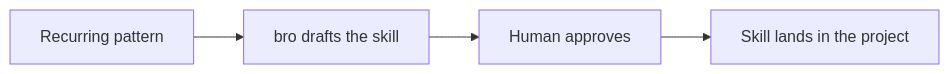
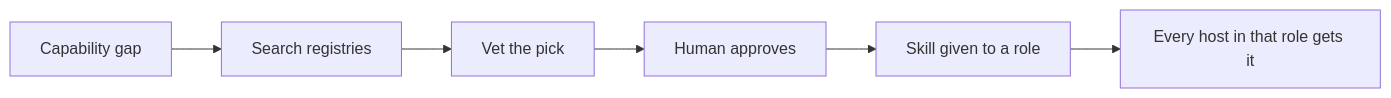
Before and after one commit to trustmybot/tmb: diagram 20 of 24 in docs/architecture/FLOWS.md, drawn with Mermaid. The commit also changed other lines of this file and 38 other files, not shown here.

````diff
--- a/docs/architecture/FLOWS.md
+++ b/docs/architecture/FLOWS.md
@@ -238,6 +320,8 @@
 ```mermaid
 flowchart LR
-    A[Recurring pattern] --> B[bro drafts the skill]
-    B --> C[Human approves]
-    C --> D[Skill lands in the project]
+    A["Capability gap"] --> B["Search registries"]
+    B --> C["Vet the pick"]
+    C --> D["Human approves"]
+    D --> E["Skill given to a role"]
+    E --> F["Every host in that role gets it"]
 ```
````
